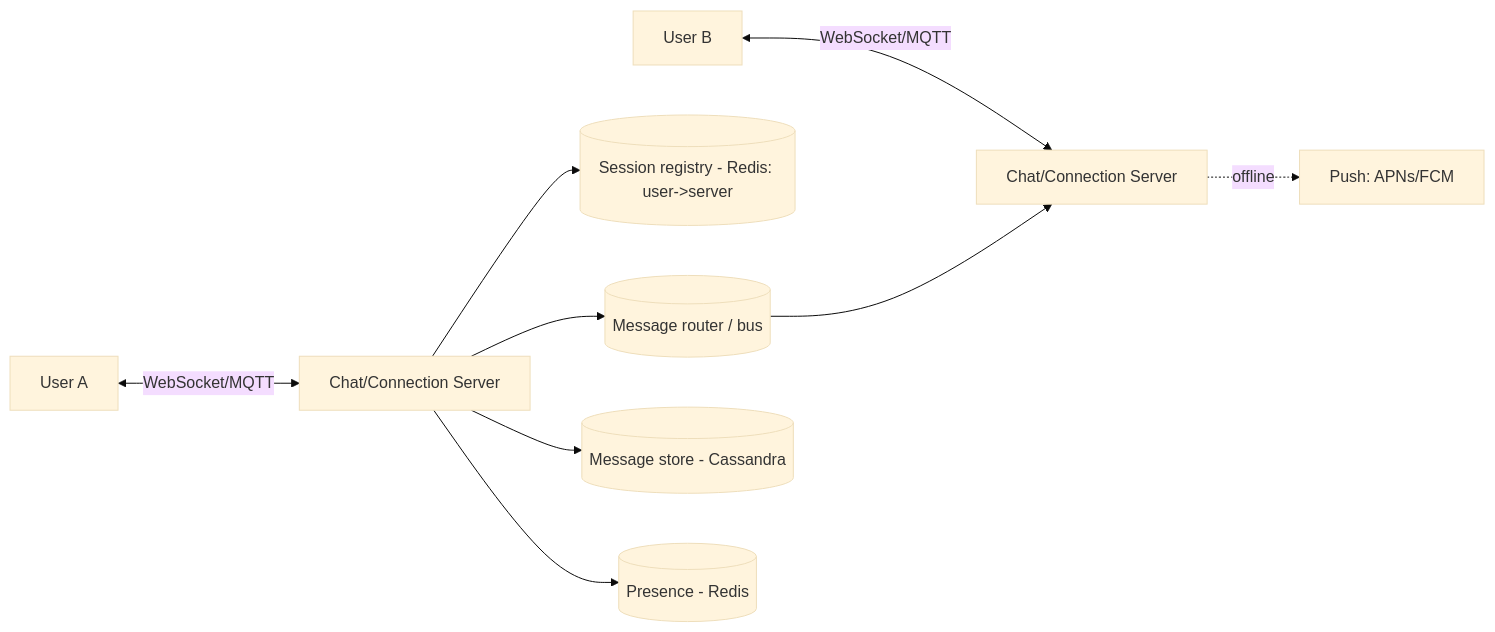
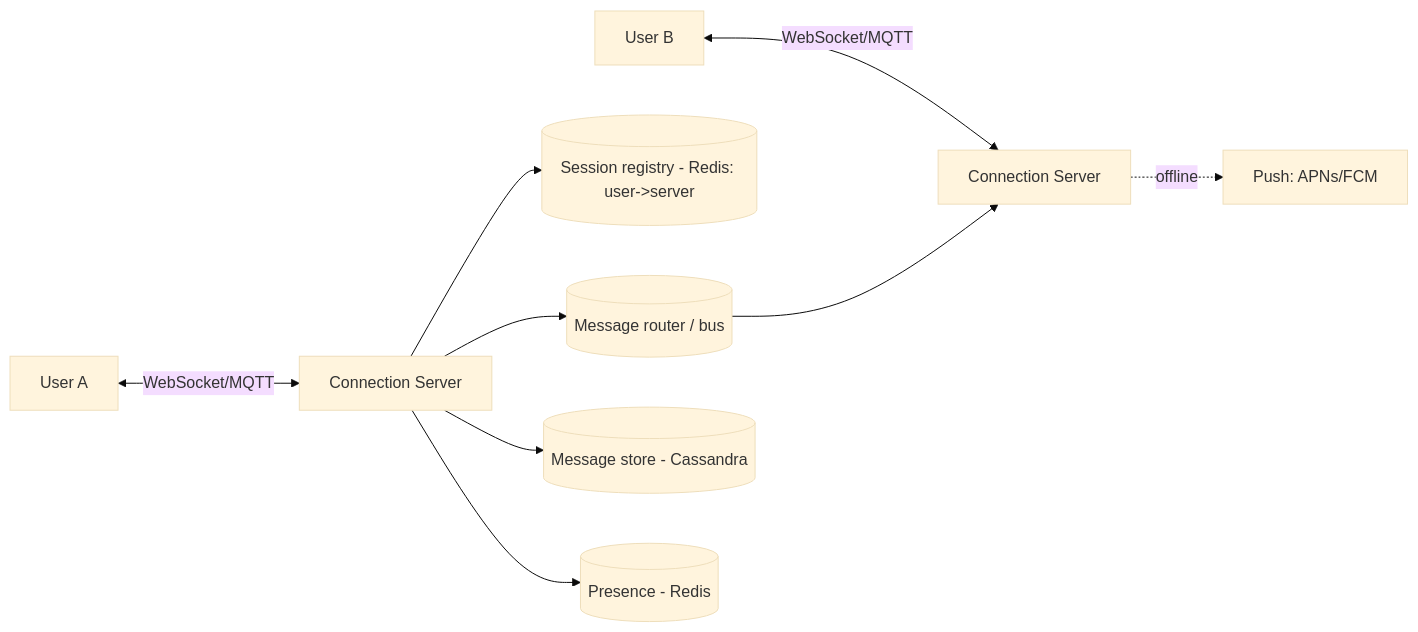
Before and after one commit to hiepgithub2001/swedocs: the first of 2 diagrams in system-design/2-case-studies/chat-system.md, drawn with Mermaid (base theme). The commit also changed other lines of this file and 4 other files, not shown here.

````diff
--- a/system-design/2-case-studies/chat-system.md
+++ b/system-design/2-case-studies/chat-system.md
@@ -34,11 +48,11 @@
 ```mermaid
 flowchart LR
-    A[User A] <-->|WebSocket/MQTT| CS1[Chat/Connection Server]
-    B[User B] <-->|WebSocket/MQTT| CS2[Chat/Connection Server]
+    A[User A] <-->|WebSocket/MQTT| CS1[Connection Server]
+    B[User B] <-->|WebSocket/MQTT| CS2[Connection Server]
     CS1 --> Sess[(Session registry - Redis: user->server)]
     CS1 --> Bus[(Message router / bus)]
     Bus --> CS2
     CS1 --> MDB[(Message store - Cassandra)]
     CS1 --> Pres[(Presence - Redis)]
     CS2 -. offline .-> Push[Push: APNs/FCM]
 ```
````
